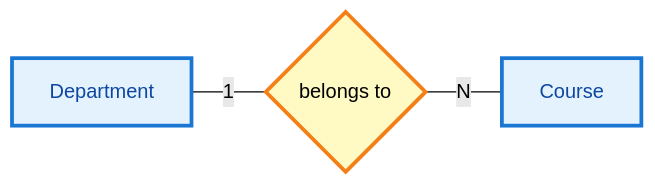
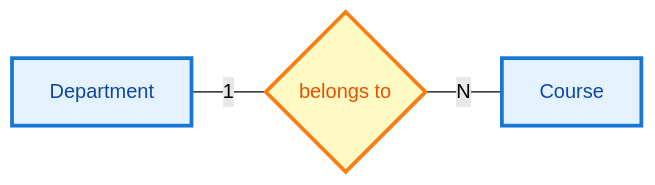
The fifth of 10 diagrams in lecture-outlines/day7-er-to-relations/slides.md (ufdatastudio/cop5725fa26), drawn with Mermaid (forest theme) before and after one commit. The commit also changed other lines of this file and 5 other files, not shown here.

First line of the commit message:
docs: align day 7 deck with the ER notation conventions

````diff
--- a/lecture-outlines/day7-er-to-relations/slides.md
+++ b/lecture-outlines/day7-er-to-relations/slides.md
@@ -270,9 +271,9 @@
 ```mermaid
 graph LR
   D["Department"] -- "1" --- B{"belongs to"}
   B -- "N" --- C["Course"]
   classDef entity fill:#e3f2fd,stroke:#1976d2,stroke-width:3px,color:#0d47a1
-  classDef rel fill:#fff9c4,stroke:#f57f17,stroke-width:3px
+  classDef rel fill:#fff9c4,stroke:#f57f17,stroke-width:3px,color:#e65100
   class D,C entity
   class B rel
 ```
````
